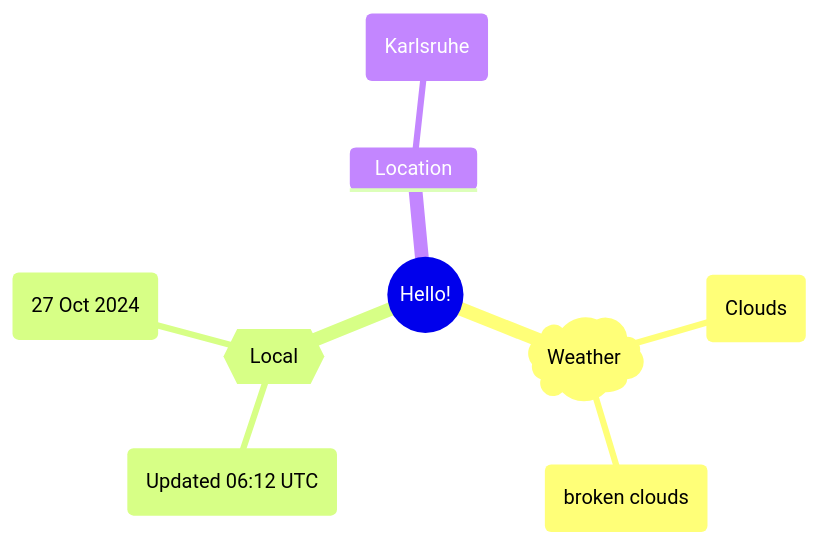
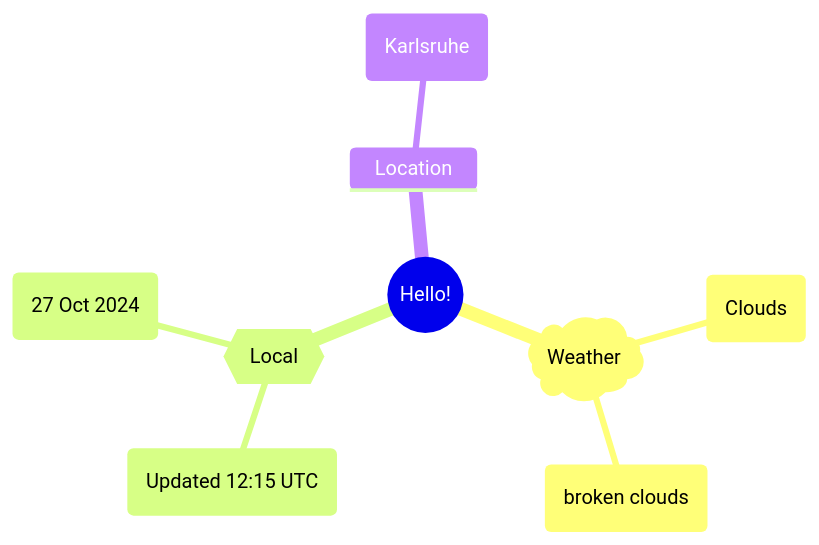
One commit to Xosrov/Xosrov changed the first of 2 diagrams in README.md. Above: the diagram before and after it, drawn with Mermaid.

Commit message:
[bot] updated images

````diff
--- a/README.md
+++ b/README.md
@@ -3,12 +3,12 @@
 ```mermaid
 mindmap
   root((Hello!))
     )Weather(
         (Clouds)
         (broken clouds)
     {{Local}}
-        (Updated 06:12 UTC)
+        (Updated 12:15 UTC)
         (27 Oct 2024)
     Location
         (Karlsruhe)
 ```
````
